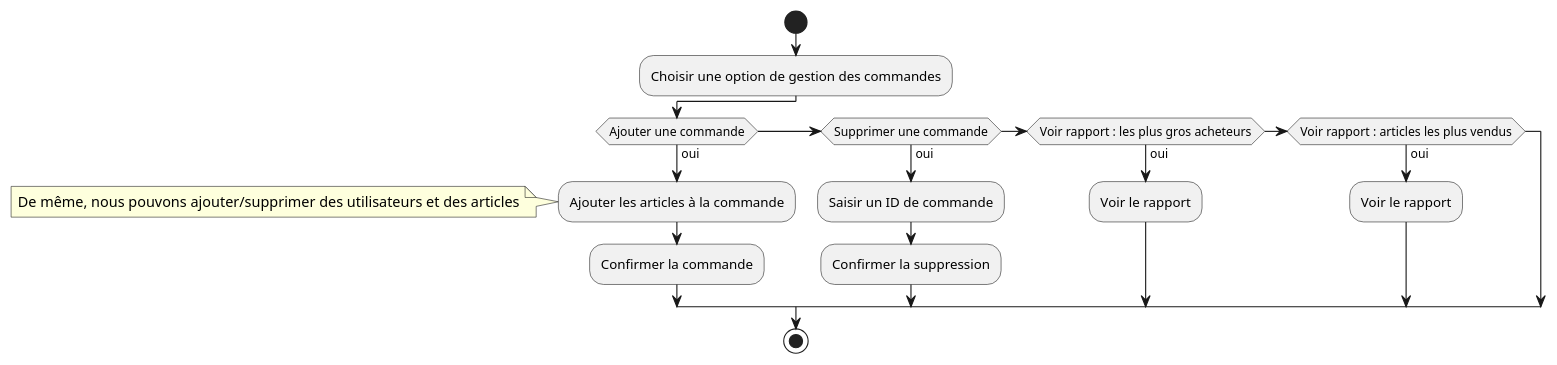
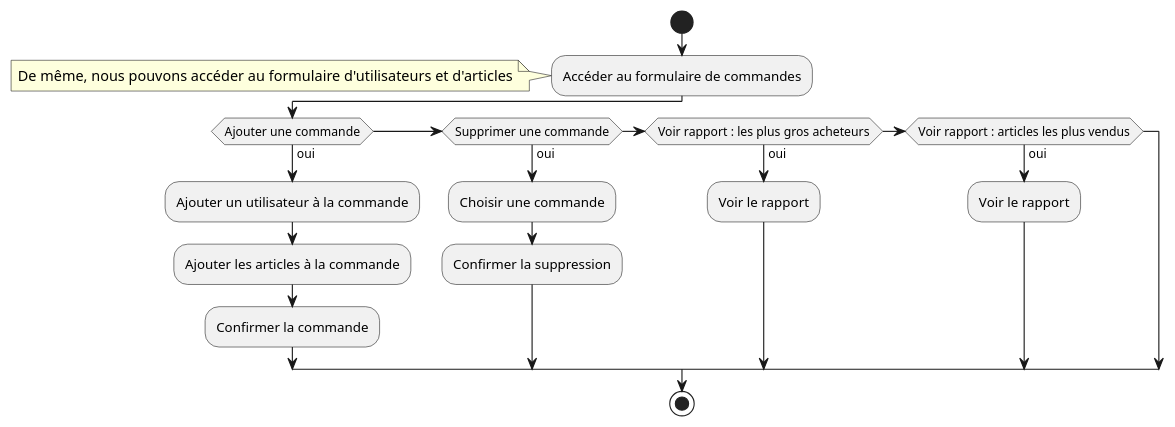
One commit to theobrogrammer/log430-a25-labo2 changed the diagram in docs/views/activity.puml. Above: the diagram before and after it, drawn with PlantUML. The commit also changed 28 other files, not shown here.

```diff
--- a/docs/views/activity.puml
+++ b/docs/views/activity.puml
@@ -1,17 +1,18 @@
 @startuml
     start
-        :Choisir une option de gestion des commandes;
+        :Accéder au formulaire de commandes;
+        note left : De même, nous pouvons accéder au formulaire d'utilisateurs et d'articles
         if (Ajouter une commande) then (oui)
+            :Ajouter un utilisateur à la commande;
             :Ajouter les articles à la commande;
-            note left : De même, nous pouvons ajouter/supprimer des utilisateurs et des articles
             :Confirmer la commande;
         elseif (Supprimer une commande) then (oui) 
-            :Saisir un ID de commande;
+            :Choisir une commande;
             :Confirmer la suppression;
         elseif (Voir rapport : les plus gros acheteurs) then (oui)
             :Voir le rapport;
         elseif (Voir rapport : articles les plus vendus) then (oui) 
             :Voir le rapport;
         endif
     stop
 @enduml
```
